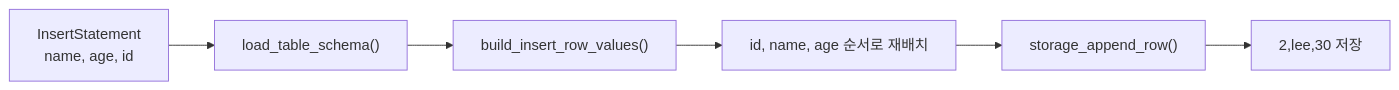
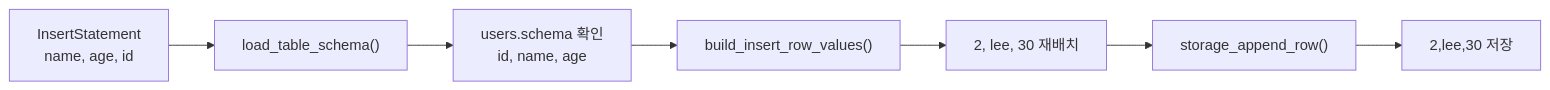
The seventh of 13 diagrams in README.md (Jungle-12-303/week6-team5-sql), drawn with Mermaid before and after one commit. The commit also changed other lines of this file and 1 other file, not shown here.

````diff
--- a/README.md
+++ b/README.md
@@ -83,8 +86,9 @@
 ```mermaid
 flowchart LR
     A["InsertStatement<br/>name, age, id"] --> B["load_table_schema()"]
-    B --> C["build_insert_row_values()"]
-    C --> D["id, name, age 순서로 재배치"]
-    D --> E["storage_append_row()"]
-    E --> F["2,lee,30 저장"]
+    B --> C["users.schema 확인<br/>id, name, age"]
+    C --> D["build_insert_row_values()"]
+    D --> E["2, lee, 30 재배치"]
+    E --> F["storage_append_row()"]
+    F --> G["2,lee,30 저장"]
 ```
````
